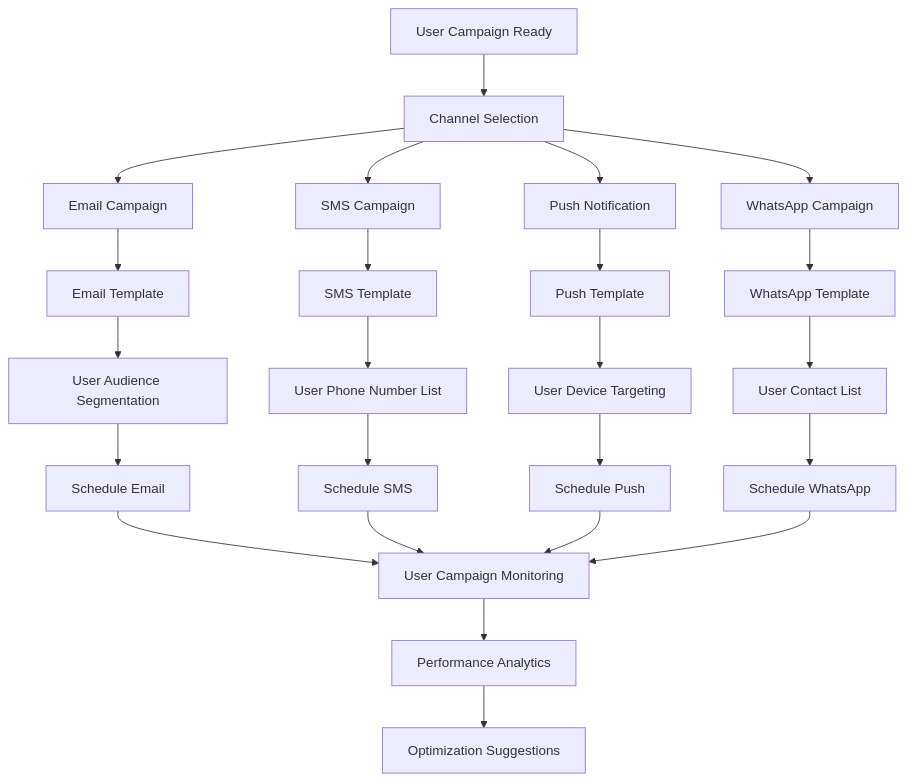
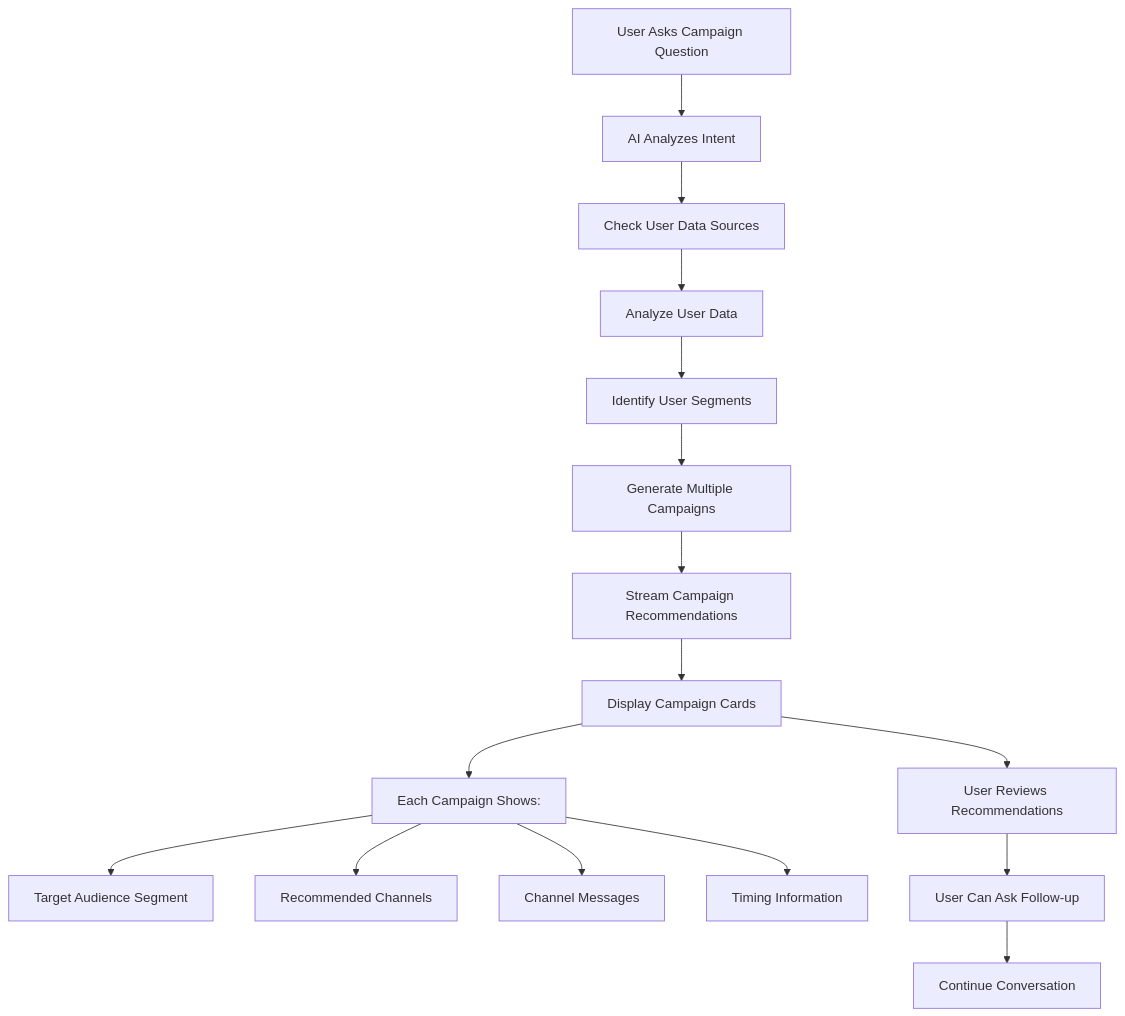
One commit to sakibrahmanchy/markopolo-ai-fullstack-challenge changed the fifth of 5 diagrams in docs/user-flow.md. Above: the diagram before and after it, drawn with Mermaid. The commit also changed other lines of this file and 18 other files, not shown here.

````diff
--- a/docs/user-flow.md
+++ b/docs/user-flow.md
@@ -109,31 +95,18 @@
 ```mermaid
 flowchart TD
-    A[User Campaign Ready] --> B[Channel Selection]
-    B --> C[Email Campaign]
-    B --> D[SMS Campaign]
-    B --> E[Push Notification]
-    B --> F[WhatsApp Campaign]
-    
-    C --> G[Email Template]
-    G --> H[User Audience Segmentation]
-    H --> I[Schedule Email]
-    
-    D --> J[SMS Template]
-    J --> K[User Phone Number List]
-    K --> L[Schedule SMS]
-    
-    E --> M[Push Template]
-    M --> N[User Device Targeting]
-    N --> O[Schedule Push]
-    
-    F --> P[WhatsApp Template]
-    P --> Q[User Contact List]
-    Q --> R[Schedule WhatsApp]
-    
-    I --> S[User Campaign Monitoring]
-    L --> S
-    O --> S
-    R --> S
-    S --> T[Performance Analytics]
-    T --> U[Optimization Suggestions]
+    A[User Asks Campaign Question] --> B[AI Analyzes Intent]
+    B --> C[Check User Data Sources]
+    C --> D[Analyze User Data]
+    D --> E[Identify User Segments]
+    E --> F[Generate Multiple Campaigns]
+    F --> G[Stream Campaign Recommendations]
+    G --> H[Display Campaign Cards]
+    H --> I[Each Campaign Shows:]
+    I --> J[Target Audience Segment]
+    I --> K[Recommended Channels]
+    I --> L[Channel Messages]
+    I --> M[Timing Information]
+    H --> N[User Reviews Recommendations]
+    N --> O[User Can Ask Follow-up]
+    O --> P[Continue Conversation]
 ```
````
